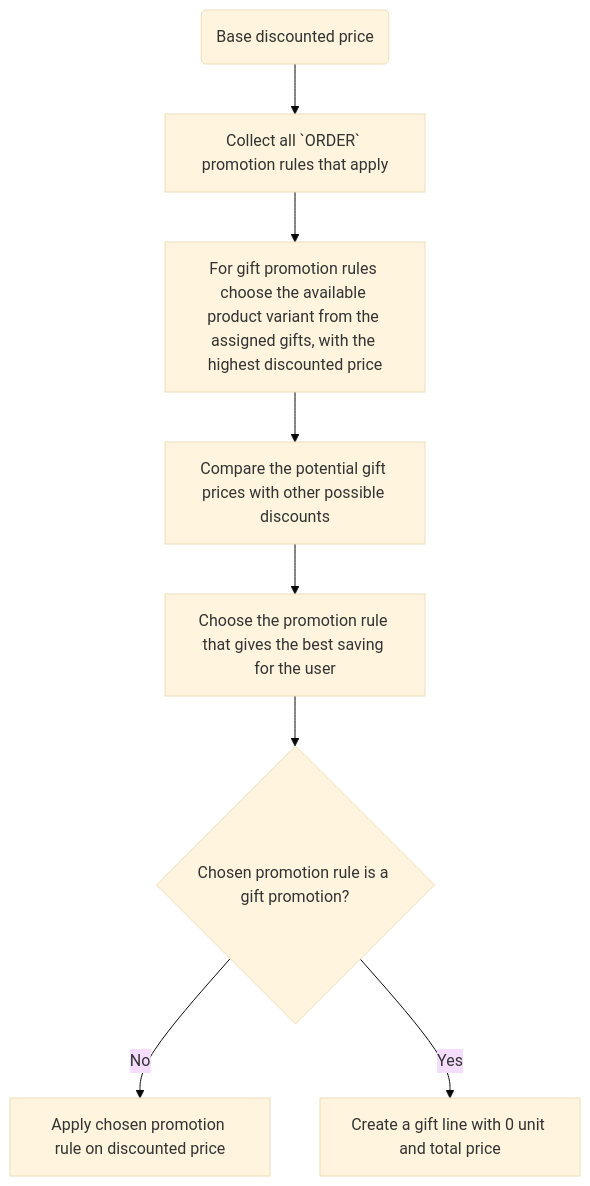
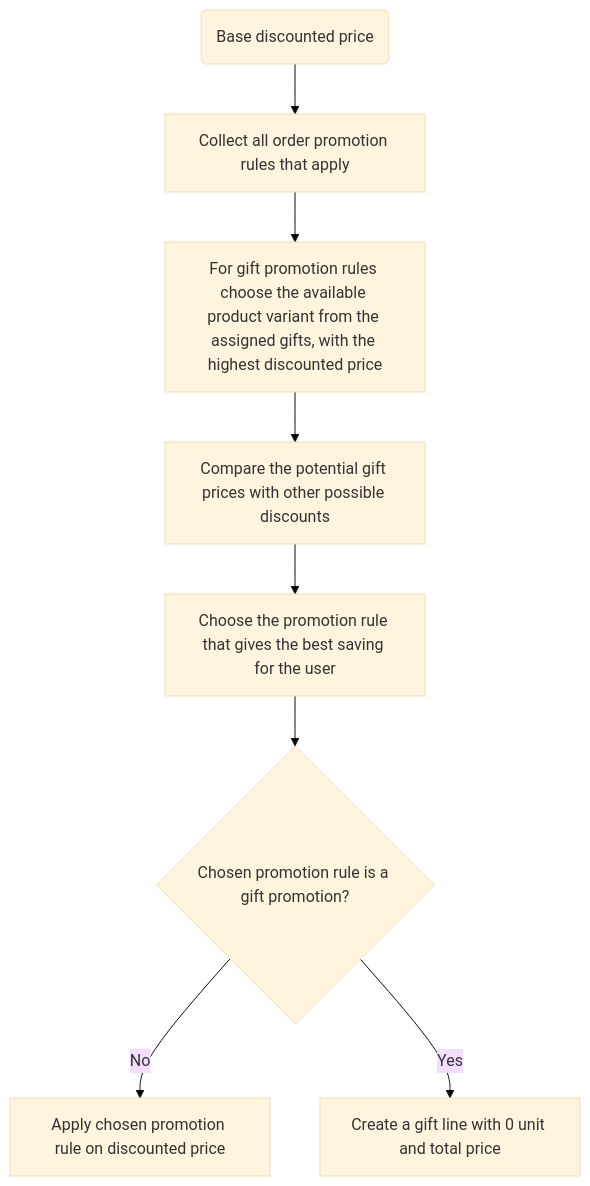
Before and after one commit to saleor/saleor-docs: the second of 2 diagrams in docs/developer/discounts/promotions.mdx, drawn with Mermaid (base theme). The commit also changed other lines of this file and 1 other file, not shown here.

Commit message:
Fix typos / missing fields or broken mermaid diagrams for vouchers / promotions docs

````diff
--- a/docs/developer/discounts/promotions.mdx
+++ b/docs/developer/discounts/promotions.mdx
@@ -1371,10 +1375,10 @@
 ```mermaid
 graph TD
-    A(Base discounted price) --> B[Collect all `ORDER` promotion rules that apply]
+    A(Base discounted price) --> B[Collect all order promotion rules that apply]
     B --> C[For gift promotion rules choose the available product variant from the assigned gifts, with the highest discounted price]
     C --> E[Compare the potential gift prices with other possible discounts]
     E --> F[Choose the promotion rule that gives the best saving for the user]
     F --> G{Chosen promotion rule is a gift promotion?}
     G -->|No| D[Apply chosen promotion rule on discounted price]
     G -->|Yes| H[Create a gift line with 0 unit and total price]
 ```
````
